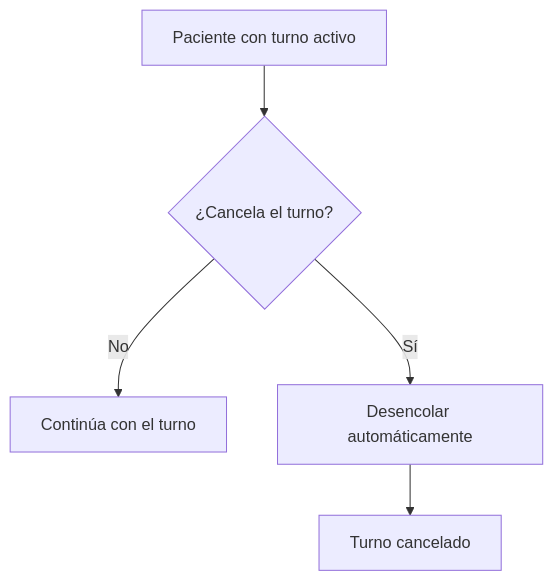
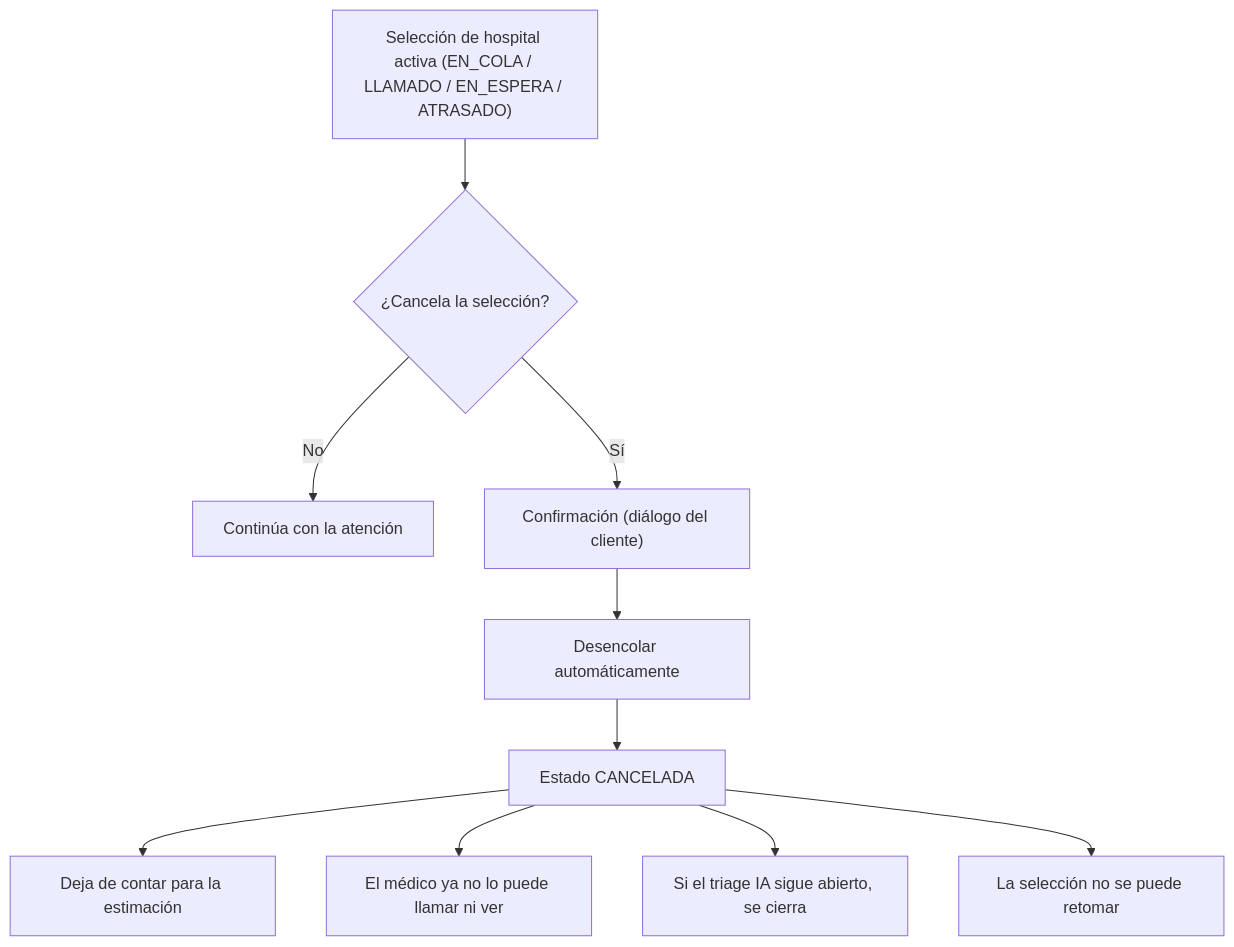
The third of 4 diagrams in docs/13-queue-flow.md (MatiasCanevaro/pretriage_backend), drawn with Mermaid before and after one commit. The commit also changed other lines of this file and 8 other files, not shown here.

````diff
--- a/docs/13-queue-flow.md
+++ b/docs/13-queue-flow.md
@@ -36,9 +36,14 @@
 ```mermaid
 flowchart TD
-    A["Paciente con turno activo"] --> B{"¿Cancela el turno?"}
+    A["Selección de hospital activa (EN_COLA / LLAMADO / EN_ESPERA / ATRASADO)"] --> B{"¿Cancela la selección?"}
 
-    B -->|"No"| C["Continúa con el turno"]
-    B -->|"Sí"| D["Desencolar automáticamente"]
-    
-    D --> E["Turno cancelado"]
+    B -->|"No"| C["Continúa con la atención"]
+    B -->|"Sí"| D["Confirmación (diálogo del cliente)"]
+    D --> E["Desencolar automáticamente"]
+    E --> F["Estado CANCELADA"]
+
+    F --> G["Deja de contar para la estimación"]
+    F --> H["El médico ya no lo puede llamar ni ver"]
+    F --> I["Si el triage IA sigue abierto, se cierra"]
+    F --> J["La selección no se puede retomar"]
 ```
````
